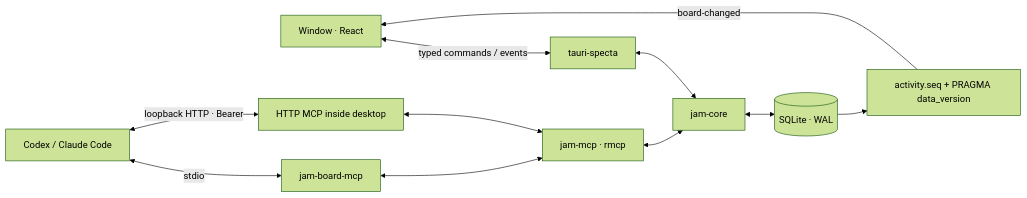
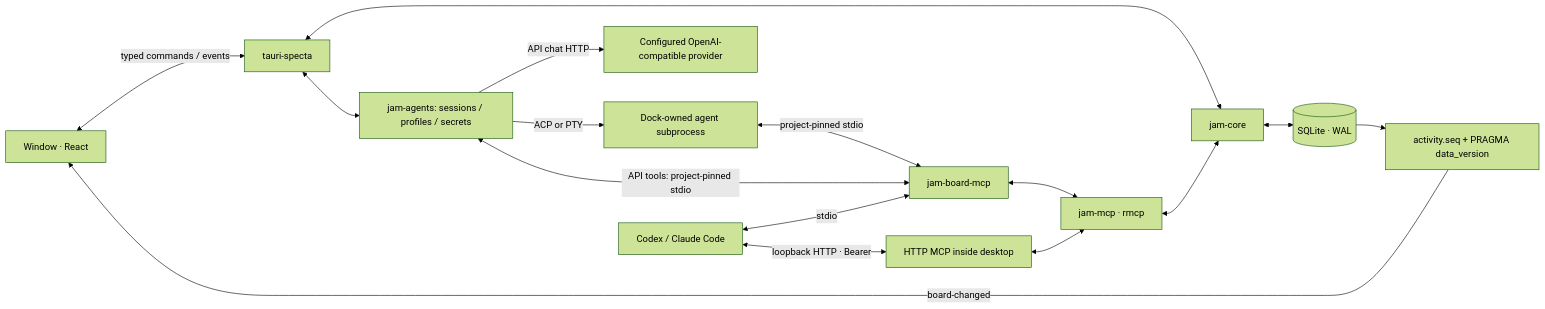
The diagram in docs/architecture.md (Triton556/jam-board), drawn with Mermaid (forest theme) before and after one commit. The commit also changed other lines of this file and 298 other files, not shown here.

````diff
--- a/docs/architecture.md
+++ b/docs/architecture.md
@@ -5,13 +5,18 @@
 ```mermaid
 flowchart LR
   UI[Window · React] <-->|typed commands / events| Bridge[tauri-specta]
   Bridge <--> Core[jam-core]
+  Bridge <--> DockRuntime[jam-agents: sessions / profiles / secrets]
+  DockRuntime -->|ACP or PTY| DockAgent[Dock-owned agent subprocess]
+  DockRuntime -->|API chat HTTP| Provider[Configured OpenAI-compatible provider]
+  DockAgent <-->|project-pinned stdio| CLI
+  DockRuntime <-->|API tools: project-pinned stdio| CLI
   Core <--> DB[(SQLite · WAL)]
   Agents[Codex / Claude Code] <-->|stdio| CLI[jam-board-mcp]
   CLI <--> MCP[jam-mcp · rmcp]
   MCP <--> Core
   Agents <-->|loopback HTTP · Bearer| HTTP[HTTP MCP inside desktop]
   HTTP <--> MCP
   DB --> Feed[activity.seq + PRAGMA data_version]
   Feed -->|board-changed| UI
 ```
````
